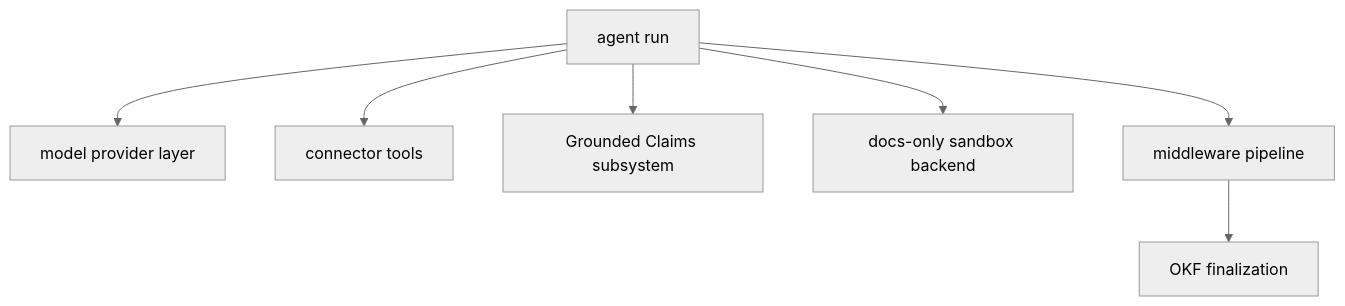
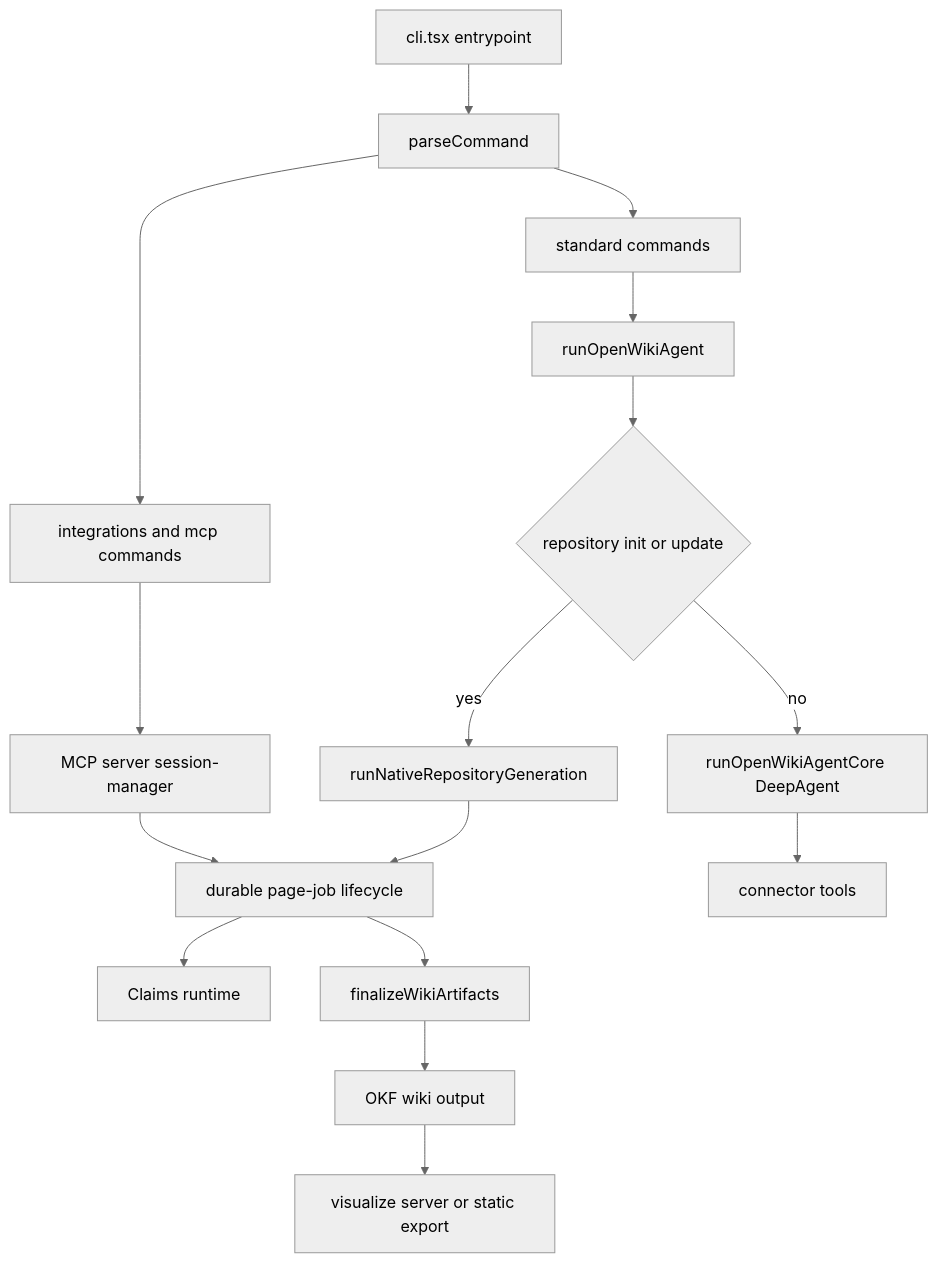
The diagram in openwiki/architecture/overview.md (Christian-Sidak/openwiki), drawn with Mermaid (neutral theme) before and after one commit. The commit also changed other lines of this file and 114 other files, not shown here.

````diff
--- a/openwiki/architecture/overview.md
+++ b/openwiki/architecture/overview.md
@@ -34,9 +74,18 @@
 ```mermaid
 flowchart TD
-    Run["agent run"] --> Model["model provider layer"]
-    Run --> Conn["connector tools"]
-    Run --> Claims["Grounded Claims subsystem"]
-    Run --> Backend["docs-only sandbox backend"]
-    Run --> MW["middleware pipeline"]
-    MW --> OKF["OKF finalization"]
+  CLI["cli.tsx entrypoint"] --> Parse["parseCommand"]
+  Parse --> Std["standard commands"]
+  Parse --> Host["integrations and mcp commands"]
+  Std --> RunAgent["runOpenWikiAgent"]
+  RunAgent --> RepoGen{"repository init or update"}
+  RepoGen -->|yes| NativeRun["runNativeRepositoryGeneration"]
+  RepoGen -->|no| Core["runOpenWikiAgentCore DeepAgent"]
+  NativeRun --> Lifecycle["durable page-job lifecycle"]
+  Host --> McpServer["MCP server session-manager"]
+  McpServer --> Lifecycle
+  Core --> Connectors["connector tools"]
+  Lifecycle --> Claims["Claims runtime"]
+  Lifecycle --> Finalize["finalizeWikiArtifacts"]
+  Finalize --> Wiki["OKF wiki output"]
+  Wiki --> Viz["visualize server or static export"]
 ```
````
